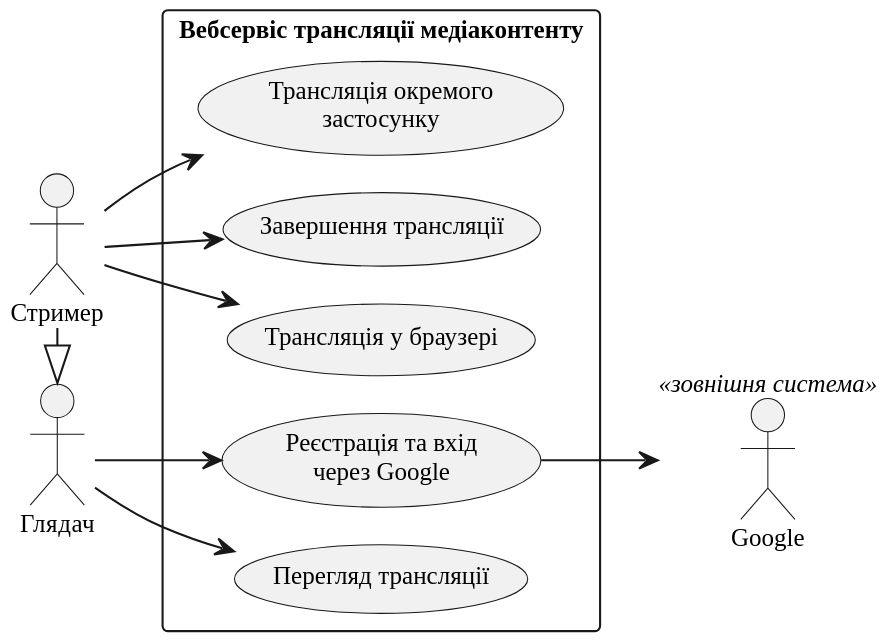
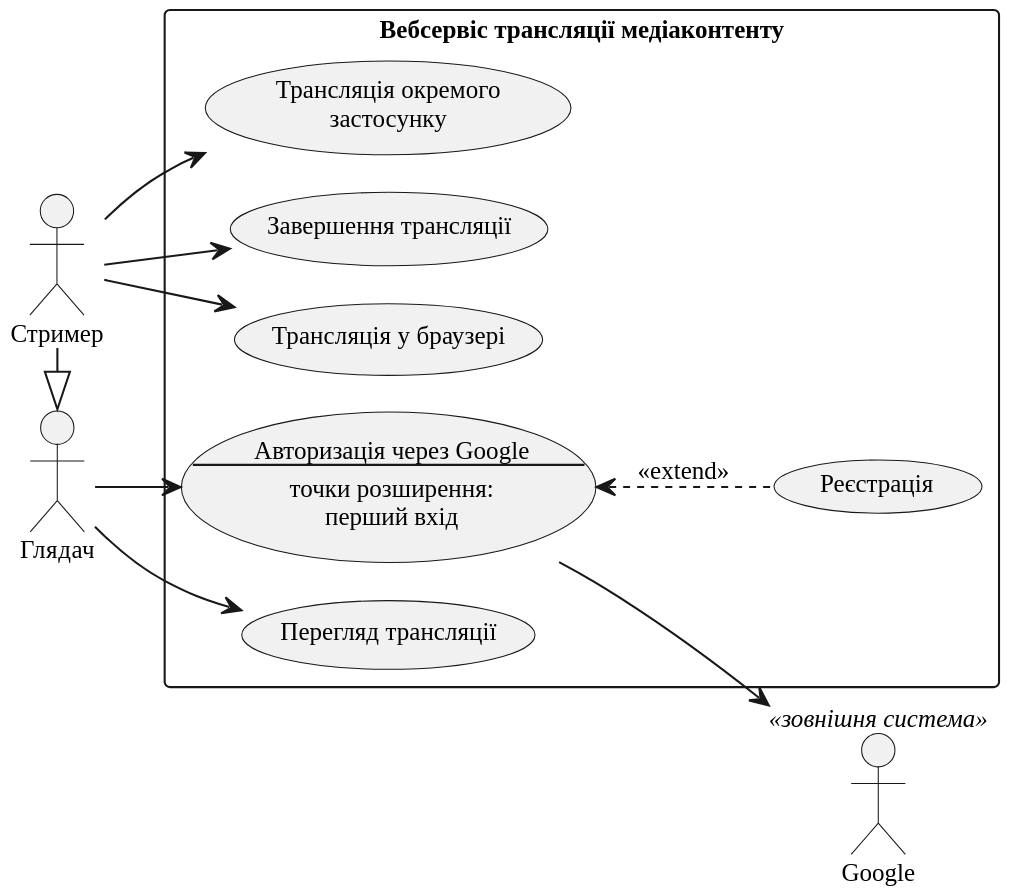
The diagram in thesis/diagrams/fig-use-cases.puml (Nikitos1926/stream-share), drawn with PlantUML before and after one commit. The commit also changed 6 other files, not shown here.

Commit message:
thesis: «Реєстрація» <<extend>> «Авторизація через Google» on the use-case diagram, scenarios and UCP (UCP ≈ 109,8)

```diff
--- a/thesis/diagrams/fig-use-cases.puml
+++ b/thesis/diagrams/fig-use-cases.puml
@@ -1,32 +1,37 @@
 @startuml
 !pragma layout smetana
 skinparam defaultFontName "Liberation Serif"
 skinparam dpi 200
 skinparam shadowing false
 skinparam monochrome true
 skinparam defaultFontSize 12
 skinparam packageStyle rectangle
 left to right direction
 
 actor "Глядач" as Viewer
 actor "Стример" as Streamer
 actor "Google" as Google <<зовнішня система>>
 
 Streamer -|> Viewer
 
 rectangle "Вебсервіс трансляції медіаконтенту" {
-  usecase "Реєстрація та вхід\nчерез Google" as UC_SignIn
+  usecase UC_SignIn as "Авторизація через Google
+--
+точки розширення:
+перший вхід"
+  usecase "Реєстрація" as UC_SignUp
   usecase "Перегляд трансляції" as UC_Watch
   usecase "Трансляція у браузері" as UC_Browser
   usecase "Трансляція окремого\nзастосунку" as UC_App
   usecase "Завершення трансляції" as UC_End
 }
 
 Viewer --> UC_SignIn
 Viewer --> UC_Watch
 UC_SignIn --> Google
+UC_SignIn <.. UC_SignUp : <<extend>>
 
 Streamer --> UC_Browser
 Streamer --> UC_App
 Streamer --> UC_End
 @enduml
```
